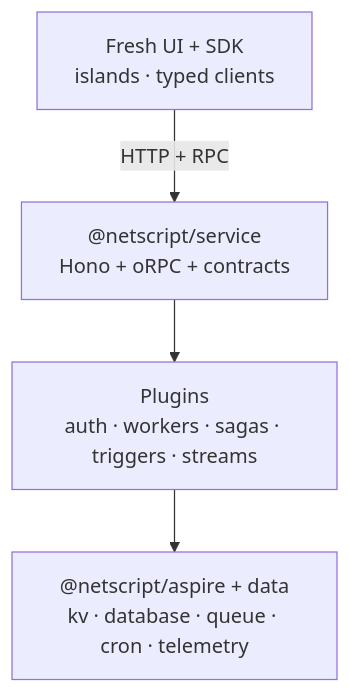
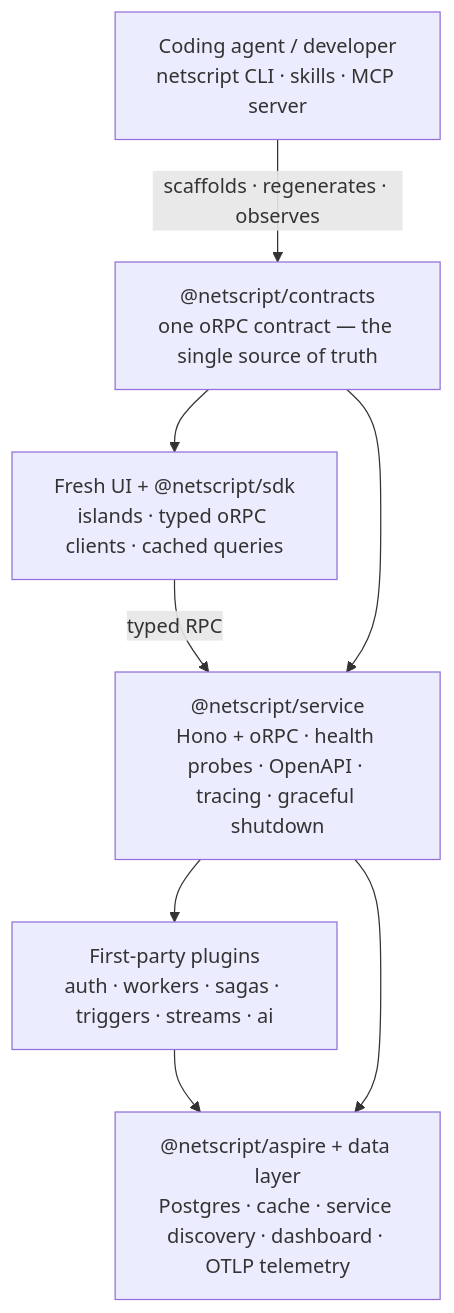
One commit to rickylabs/netscript changed the diagram in README.md. Above: the diagram before and after it, drawn with Mermaid. The commit also changed other lines of this file and 6 other files, not shown here.

````diff
--- a/README.md
+++ b/README.md
@@ -115,7 +117,17 @@
 ```mermaid
 flowchart TD
-  UI["Fresh UI + SDK<br/>islands · typed clients"] -->|HTTP + RPC| SVC
-  SVC["@netscript/service<br/>Hono + oRPC + contracts"] --> PLUGINS
-  PLUGINS["Plugins<br/>auth · workers · sagas · triggers · streams"] --> PLATFORM
-  PLATFORM["@netscript/aspire + data<br/>kv · database · queue · cron · telemetry"]
+  AGENT["Coding agent / developer<br/>netscript CLI · skills · MCP server"]
+  UI["Fresh UI + @netscript/sdk<br/>islands · typed oRPC clients · cached queries"]
+  CONTRACT["@netscript/contracts<br/>one oRPC contract — the single source of truth"]
+  SVC["@netscript/service<br/>Hono + oRPC · health probes · OpenAPI · tracing · graceful shutdown"]
+  PLUGINS["First-party plugins<br/>auth · workers · sagas · triggers · streams · ai"]
+  PLATFORM["@netscript/aspire + data layer<br/>Postgres · cache · service discovery · dashboard · OTLP telemetry"]
+
+  AGENT -->|"scaffolds · regenerates · observes"| CONTRACT
+  UI -->|"typed RPC"| SVC
+  CONTRACT --> SVC
+  CONTRACT --> UI
+  SVC --> PLUGINS
+  PLUGINS --> PLATFORM
+  SVC --> PLATFORM
 ```
````
